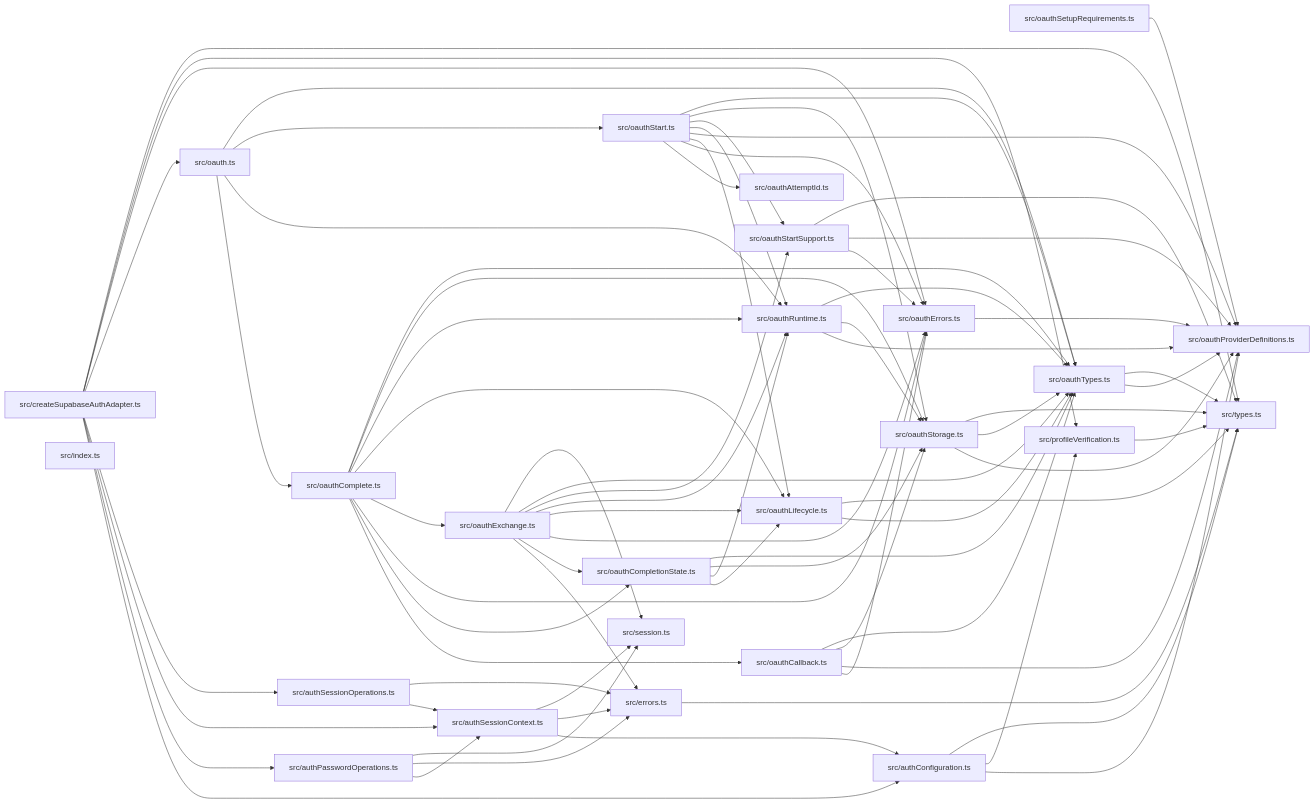
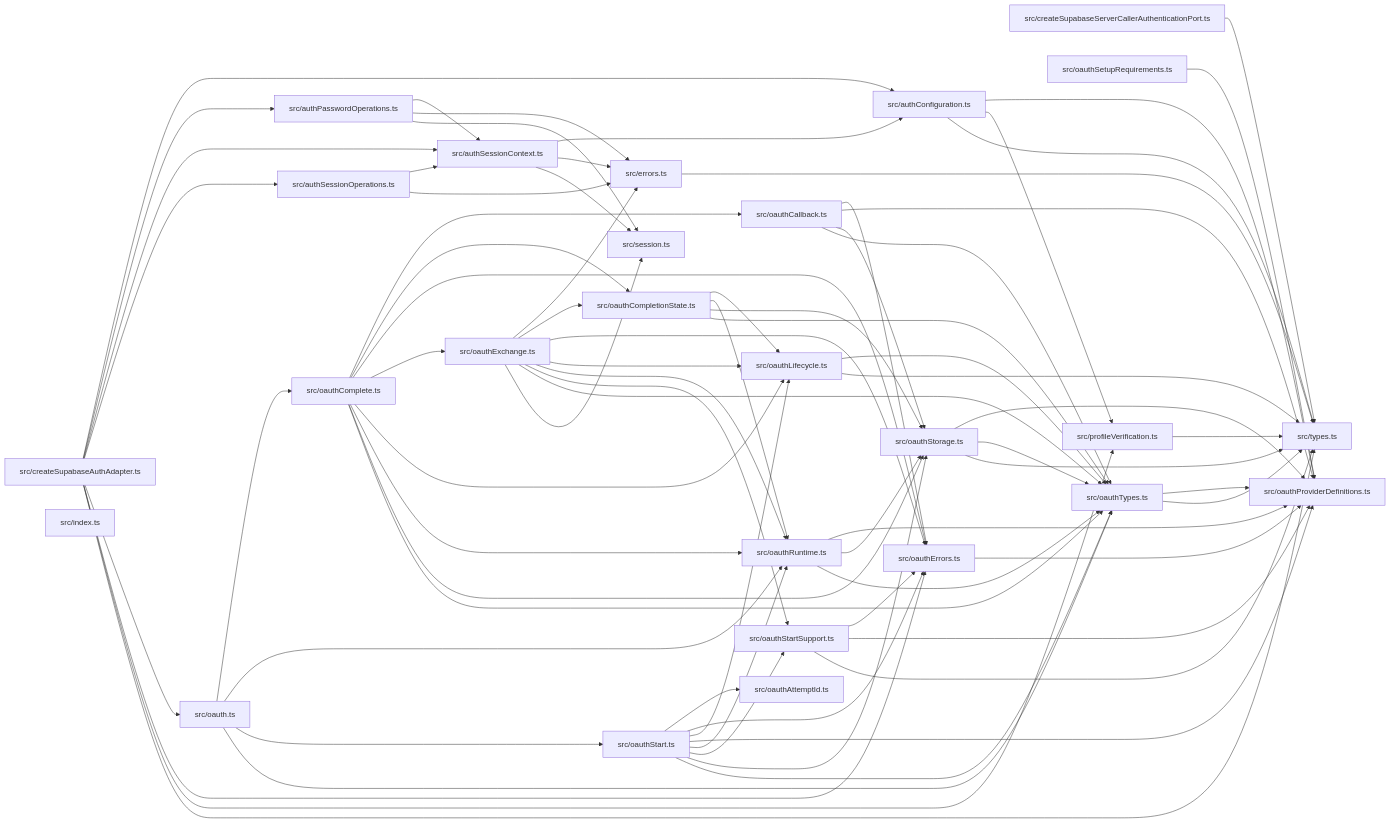
One commit to ankhorage/auth-supabase changed the diagram in paradox/diagrams/module-relationships.mmd. Above: the diagram before and after it, drawn with Mermaid. The commit also changed 12 other files, not shown here.

```diff
--- a/paradox/diagrams/module-relationships.mmd
+++ b/paradox/diagrams/module-relationships.mmd
@@ -1,98 +1,100 @@
 graph LR
   module_src_authConfiguration_ts["src/authConfiguration.ts"]
   module_src_authPasswordOperations_ts["src/authPasswordOperations.ts"]
   module_src_authSessionContext_ts["src/authSessionContext.ts"]
   module_src_authSessionOperations_ts["src/authSessionOperations.ts"]
   module_src_createSupabaseAuthAdapter_ts["src/createSupabaseAuthAdapter.ts"]
+  module_src_createSupabaseServerCallerAuthenticationPort_ts["src/createSupabaseServerCallerAuthenticationPort.ts"]
   module_src_errors_ts["src/errors.ts"]
   module_src_index_ts["src/index.ts"]
   module_src_oauth_ts["src/oauth.ts"]
   module_src_oauthAttemptId_ts["src/oauthAttemptId.ts"]
   module_src_oauthCallback_ts["src/oauthCallback.ts"]
   module_src_oauthComplete_ts["src/oauthComplete.ts"]
   module_src_oauthCompletionState_ts["src/oauthCompletionState.ts"]
   module_src_oauthErrors_ts["src/oauthErrors.ts"]
   module_src_oauthExchange_ts["src/oauthExchange.ts"]
   module_src_oauthLifecycle_ts["src/oauthLifecycle.ts"]
   module_src_oauthProviderDefinitions_ts["src/oauthProviderDefinitions.ts"]
   module_src_oauthRuntime_ts["src/oauthRuntime.ts"]
   module_src_oauthSetupRequirements_ts["src/oauthSetupRequirements.ts"]
   module_src_oauthStart_ts["src/oauthStart.ts"]
   module_src_oauthStartSupport_ts["src/oauthStartSupport.ts"]
   module_src_oauthStorage_ts["src/oauthStorage.ts"]
   module_src_oauthTypes_ts["src/oauthTypes.ts"]
   module_src_profileVerification_ts["src/profileVerification.ts"]
   module_src_session_ts["src/session.ts"]
   module_src_types_ts["src/types.ts"]
   module_src_authConfiguration_ts --> module_src_oauthProviderDefinitions_ts
   module_src_authConfiguration_ts --> module_src_profileVerification_ts
   module_src_authConfiguration_ts --> module_src_types_ts
   module_src_authPasswordOperations_ts --> module_src_authSessionContext_ts
   module_src_authPasswordOperations_ts --> module_src_errors_ts
   module_src_authPasswordOperations_ts --> module_src_session_ts
   module_src_authSessionContext_ts --> module_src_authConfiguration_ts
   module_src_authSessionContext_ts --> module_src_errors_ts
   module_src_authSessionContext_ts --> module_src_session_ts
   module_src_authSessionOperations_ts --> module_src_authSessionContext_ts
   module_src_authSessionOperations_ts --> module_src_errors_ts
   module_src_createSupabaseAuthAdapter_ts --> module_src_authConfiguration_ts
   module_src_createSupabaseAuthAdapter_ts --> module_src_authPasswordOperations_ts
   module_src_createSupabaseAuthAdapter_ts --> module_src_authSessionContext_ts
   module_src_createSupabaseAuthAdapter_ts --> module_src_authSessionOperations_ts
   module_src_createSupabaseAuthAdapter_ts --> module_src_oauth_ts
   module_src_createSupabaseAuthAdapter_ts --> module_src_oauthErrors_ts
   module_src_createSupabaseAuthAdapter_ts --> module_src_profileVerification_ts
   module_src_createSupabaseAuthAdapter_ts --> module_src_types_ts
+  module_src_createSupabaseServerCallerAuthenticationPort_ts --> module_src_types_ts
   module_src_errors_ts --> module_src_types_ts
   module_src_oauth_ts --> module_src_oauthComplete_ts
   module_src_oauth_ts --> module_src_oauthRuntime_ts
   module_src_oauth_ts --> module_src_oauthStart_ts
   module_src_oauth_ts --> module_src_oauthTypes_ts
   module_src_oauthCallback_ts --> module_src_oauthErrors_ts
   module_src_oauthCallback_ts --> module_src_oauthProviderDefinitions_ts
   module_src_oauthCallback_ts --> module_src_oauthStorage_ts
   module_src_oauthCallback_ts --> module_src_oauthTypes_ts
   module_src_oauthComplete_ts --> module_src_oauthCallback_ts
   module_src_oauthComplete_ts --> module_src_oauthCompletionState_ts
   module_src_oauthComplete_ts --> module_src_oauthErrors_ts
   module_src_oauthComplete_ts --> module_src_oauthExchange_ts
   module_src_oauthComplete_ts --> module_src_oauthLifecycle_ts
   module_src_oauthComplete_ts --> module_src_oauthRuntime_ts
   module_src_oauthComplete_ts --> module_src_oauthStorage_ts
   module_src_oauthComplete_ts --> module_src_oauthTypes_ts
   module_src_oauthCompletionState_ts --> module_src_oauthLifecycle_ts
   module_src_oauthCompletionState_ts --> module_src_oauthRuntime_ts
   module_src_oauthCompletionState_ts --> module_src_oauthStorage_ts
   module_src_oauthCompletionState_ts --> module_src_oauthTypes_ts
   module_src_oauthErrors_ts --> module_src_oauthProviderDefinitions_ts
   module_src_oauthExchange_ts --> module_src_errors_ts
   module_src_oauthExchange_ts --> module_src_oauthCompletionState_ts
   module_src_oauthExchange_ts --> module_src_oauthErrors_ts
   module_src_oauthExchange_ts --> module_src_oauthLifecycle_ts
   module_src_oauthExchange_ts --> module_src_oauthRuntime_ts
   module_src_oauthExchange_ts --> module_src_oauthStartSupport_ts
   module_src_oauthExchange_ts --> module_src_oauthTypes_ts
   module_src_oauthExchange_ts --> module_src_session_ts
   module_src_oauthLifecycle_ts --> module_src_oauthTypes_ts
   module_src_oauthLifecycle_ts --> module_src_types_ts
   module_src_oauthRuntime_ts --> module_src_oauthProviderDefinitions_ts
   module_src_oauthRuntime_ts --> module_src_oauthStorage_ts
   module_src_oauthRuntime_ts --> module_src_oauthTypes_ts
   module_src_oauthSetupRequirements_ts --> module_src_oauthProviderDefinitions_ts
   module_src_oauthStart_ts --> module_src_oauthAttemptId_ts
   module_src_oauthStart_ts --> module_src_oauthErrors_ts
   module_src_oauthStart_ts --> module_src_oauthLifecycle_ts
   module_src_oauthStart_ts --> module_src_oauthProviderDefinitions_ts
   module_src_oauthStart_ts --> module_src_oauthRuntime_ts
   module_src_oauthStart_ts --> module_src_oauthStartSupport_ts
   module_src_oauthStart_ts --> module_src_oauthStorage_ts
   module_src_oauthStart_ts --> module_src_oauthTypes_ts
   module_src_oauthStartSupport_ts --> module_src_oauthErrors_ts
   module_src_oauthStartSupport_ts --> module_src_oauthProviderDefinitions_ts
   module_src_oauthStartSupport_ts --> module_src_types_ts
   module_src_oauthStorage_ts --> module_src_oauthProviderDefinitions_ts
   module_src_oauthStorage_ts --> module_src_oauthTypes_ts
   module_src_oauthStorage_ts --> module_src_types_ts
   module_src_oauthTypes_ts --> module_src_oauthProviderDefinitions_ts
   module_src_oauthTypes_ts --> module_src_types_ts
   module_src_profileVerification_ts --> module_src_types_ts
```
